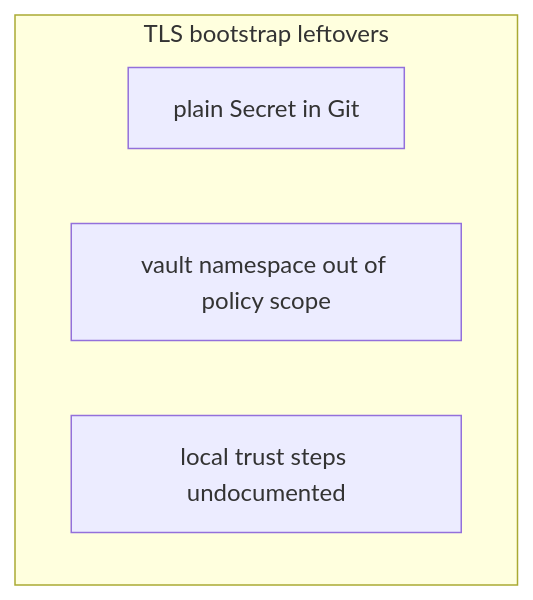
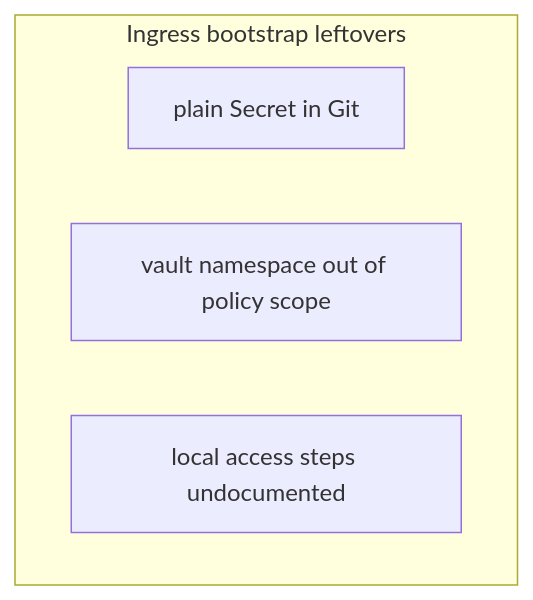
One commit to DongHyeonka/Project-Auth-GitOps changed diagram 28 of 31 in README.md. Above: the diagram before and after it, drawn with Mermaid. The commit also changed other lines of this file and 33 other files, not shown here.

````diff
--- a/README.md
+++ b/README.md
@@ -937,8 +947,8 @@
 ```mermaid
 flowchart TD
-  subgraph BEFORE[TLS bootstrap leftovers]
+  subgraph BEFORE[Ingress bootstrap leftovers]
     A1[plain Secret in Git]
     A2[vault namespace out of policy scope]
-    A3[local trust steps undocumented]
+    A3[local access steps undocumented]
   end
 ```
````
